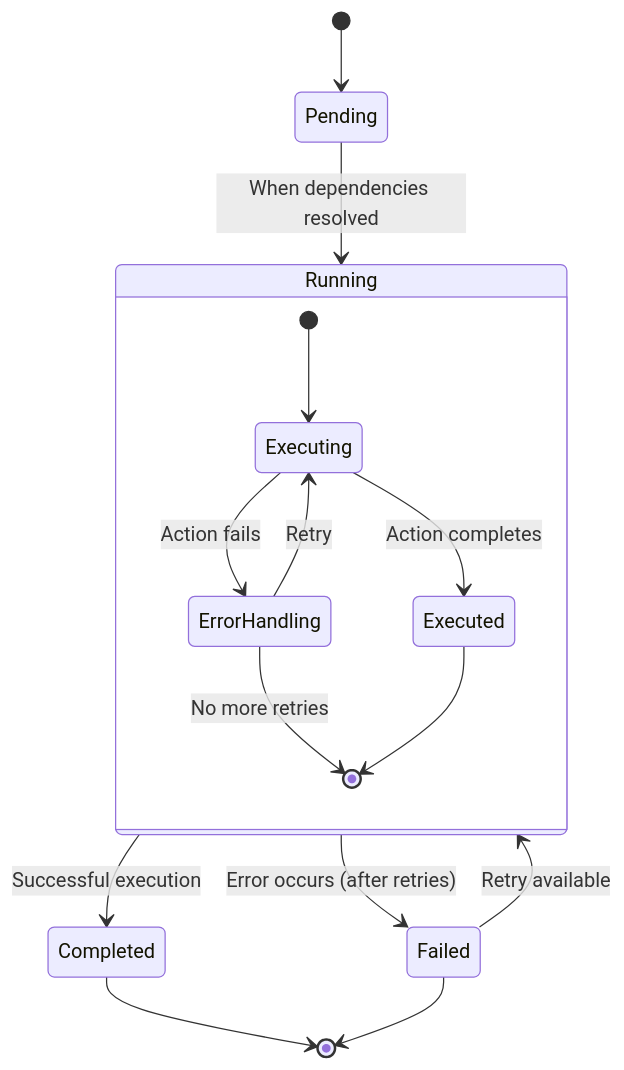
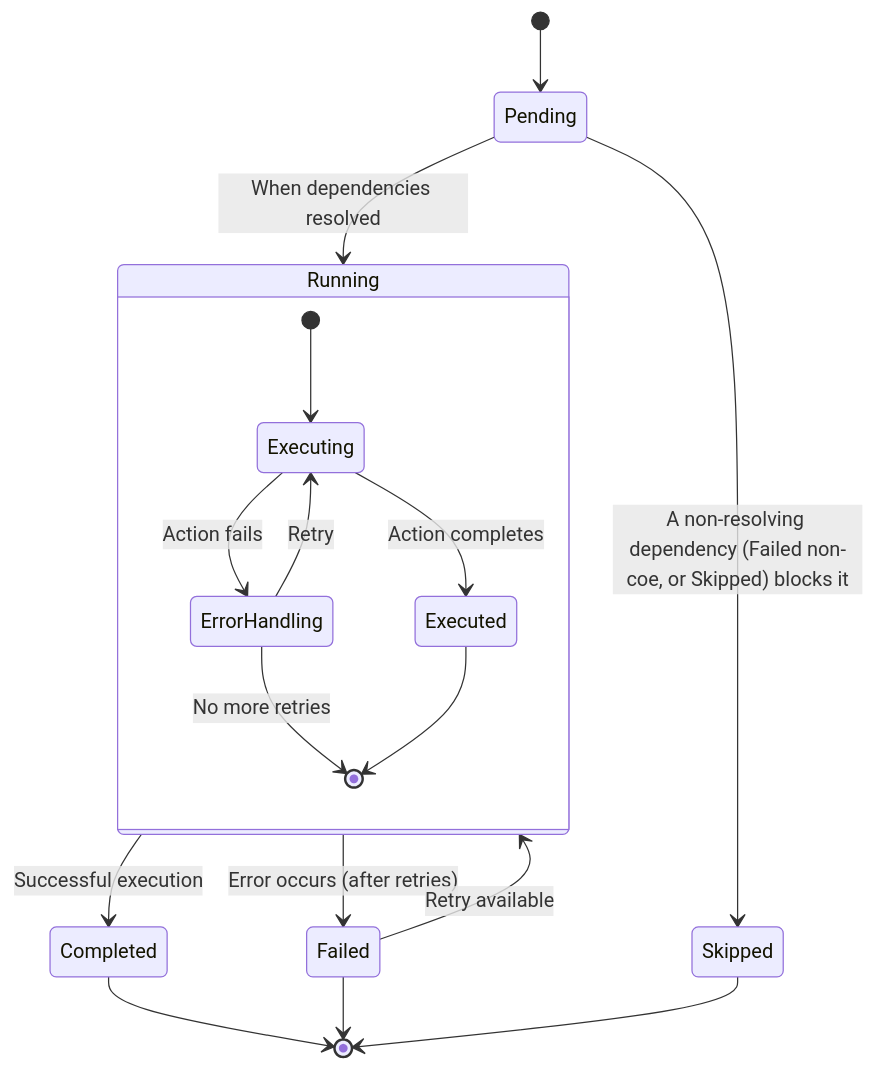
Before and after one commit to ppcavalcante/flow-orchestrator: the first of 2 diagrams in docs/architecture/dag-execution.md, drawn with Mermaid. The commit also changed other lines of this file and 82 other files, not shown here.

````diff
--- a/docs/architecture/dag-execution.md
+++ b/docs/architecture/dag-execution.md
@@ -60,20 +60,22 @@
 ```mermaid
 stateDiagram-v2
     [*] --> Pending
     Pending --> Running: When dependencies resolved
+    Pending --> Skipped: A non-resolving dependency (Failed non-coe, or Skipped) blocks it
     Running --> Completed: Successful execution
     Running --> Failed: Error occurs (after retries)
     Failed --> Running: Retry available
 
     Completed --> [*]
     Failed --> [*]
+    Skipped --> [*]
 
     state Running {
         [*] --> Executing
         Executing --> Executed: Action completes
         Executing --> ErrorHandling: Action fails
         ErrorHandling --> Executing: Retry
         ErrorHandling --> [*]: No more retries
         Executed --> [*]
     }
 ```
````
